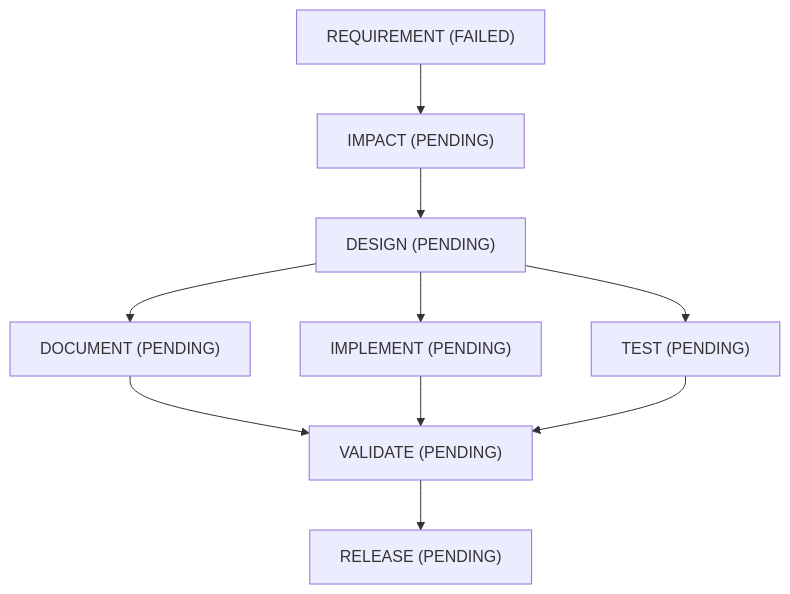
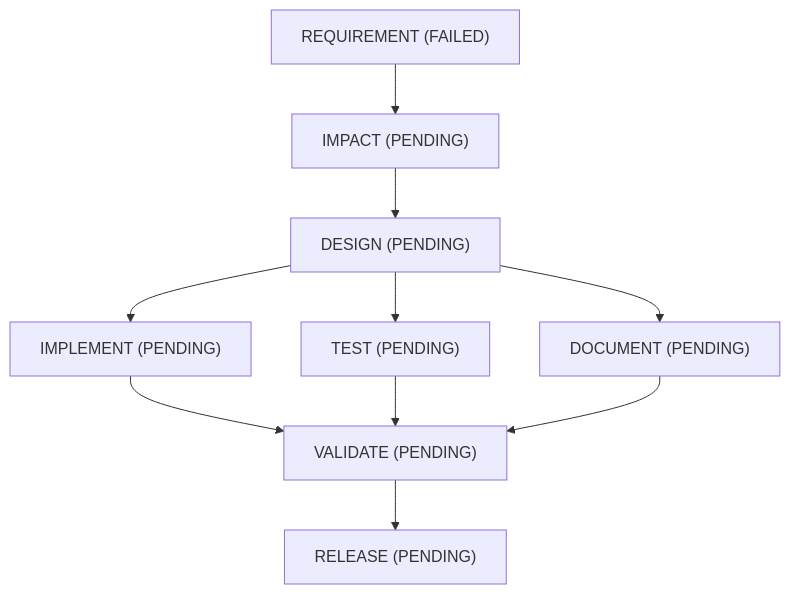
The diagram in runs/BROWNFIELD-DEMO/report.md (sridharvukkadapu/Agentic-Software-Engineering-System), drawn with Mermaid before and after one commit. The commit also changed other lines of this file and 13 other files, not shown here.

First line of the commit message:
Document the requirement-gate and TEST-stage findings; update committed runs

````diff
--- a/runs/BROWNFIELD-DEMO/report.md
+++ b/runs/BROWNFIELD-DEMO/report.md
@@ -18,20 +18,20 @@
 ```mermaid
 flowchart TD
     REQUIREMENT["REQUIREMENT (FAILED)"]
     IMPACT["IMPACT (PENDING)"]
     DESIGN["DESIGN (PENDING)"]
-    DOCUMENT["DOCUMENT (PENDING)"]
     TEST["TEST (PENDING)"]
     IMPLEMENT["IMPLEMENT (PENDING)"]
+    DOCUMENT["DOCUMENT (PENDING)"]
     VALIDATE["VALIDATE (PENDING)"]
     RELEASE["RELEASE (PENDING)"]
-    DOCUMENT --> VALIDATE
+    DESIGN --> TEST
+    DESIGN --> IMPLEMENT
+    REQUIREMENT --> IMPACT
     IMPLEMENT --> VALIDATE
     TEST --> VALIDATE
+    DOCUMENT --> VALIDATE
     VALIDATE --> RELEASE
     DESIGN --> DOCUMENT
     IMPACT --> DESIGN
-    DESIGN --> TEST
-    DESIGN --> IMPLEMENT
-    REQUIREMENT --> IMPACT
 ```
````
